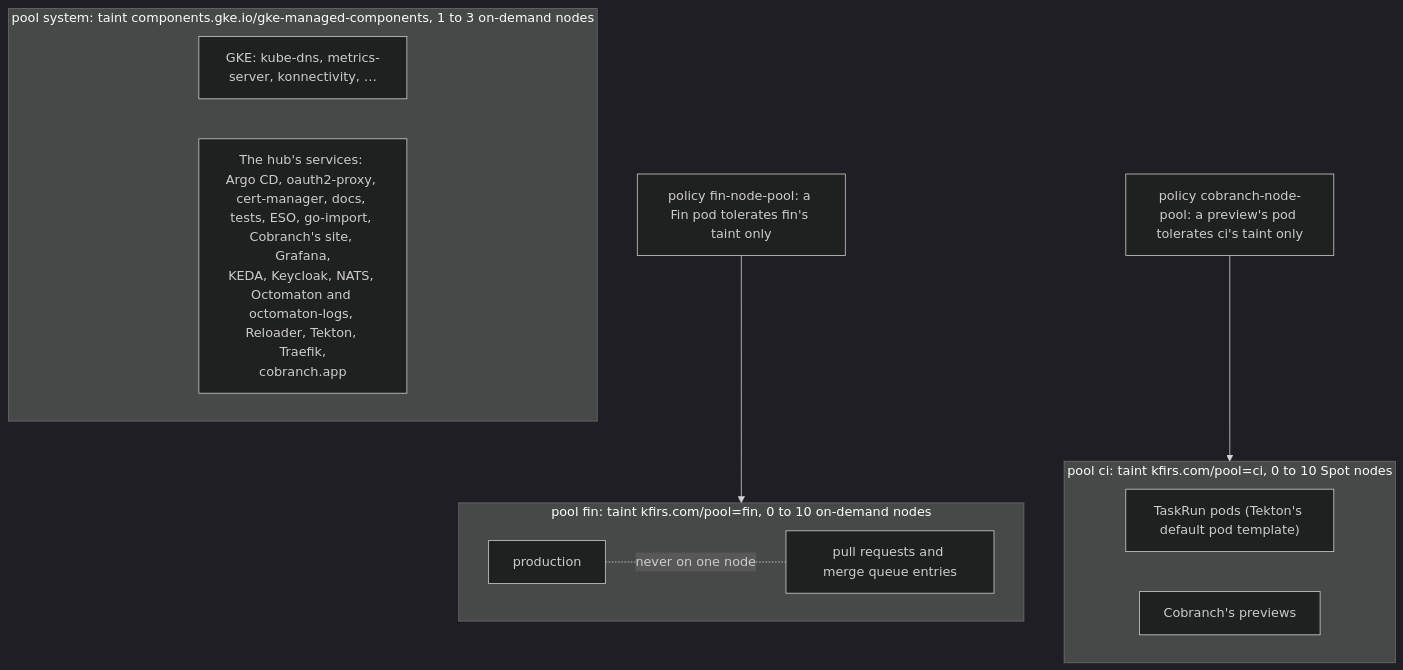
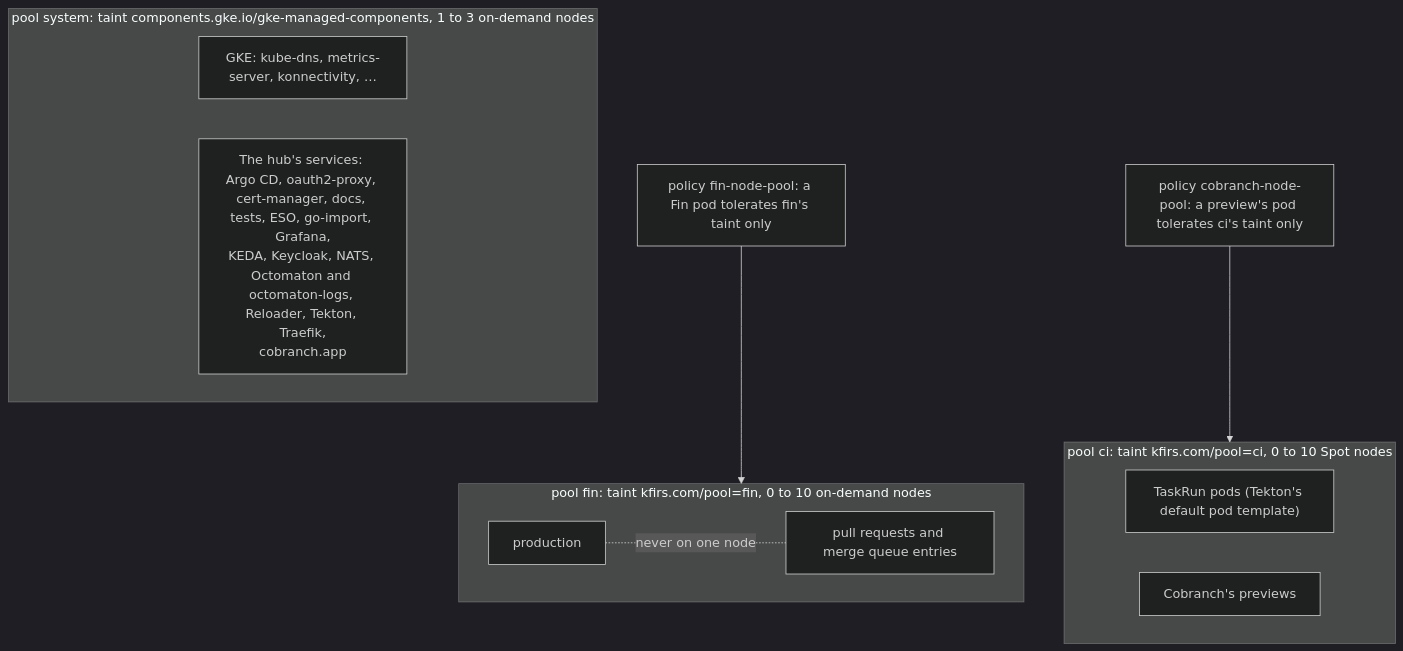
Before and after one commit to arikkfir-org/delivery: the diagram in docs/delivery/designs/node-pools.md, drawn with Mermaid (dark theme). The commit also changed 1 other file, not shown here.

Commit message:
docs(cobranch-site): drop the site from the node-pool and budget designs
Claude-Session: https://claude.ai/code/session_01UQFik5MFjGaoSvuoiS27mU

````diff
--- a/docs/delivery/designs/node-pools.md
+++ b/docs/delivery/designs/node-pools.md
@@ -19,18 +19,18 @@
 ```mermaid
 flowchart TB
   subgraph system["pool system: taint components.gke.io/gke-managed-components, 1 to 3 on-demand nodes"]
     GKE["GKE: kube-dns, metrics-server, konnectivity, …"]
-    Hub["The hub's services: Argo CD, oauth2-proxy, cert-manager, docs, tests, ESO, go-import, Cobranch's site, Grafana,<br/>KEDA, Keycloak, NATS, Octomaton and octomaton-logs, Reloader, Tekton, Traefik,<br/>cobranch.app"]
+    Hub["The hub's services: Argo CD, oauth2-proxy, cert-manager, docs, tests, ESO, go-import, Grafana,<br/>KEDA, Keycloak, NATS, Octomaton and octomaton-logs, Reloader, Tekton, Traefik,<br/>cobranch.app"]
   end
   subgraph ci["pool ci: taint kfirs.com/pool=ci, 0 to 10 Spot nodes"]
     Runs["TaskRun pods (Tekton's default pod template)"]
     Previews["Cobranch's previews"]
   end
   subgraph fin["pool fin: taint kfirs.com/pool=fin, 0 to 10 on-demand nodes"]
     Prod["production"]
     PRs["pull requests and merge queue entries"]
   end
   Prod -. "never on one node" .- PRs
   Policy["policy fin-node-pool: a Fin pod tolerates fin's taint only"] --> fin
   PolicyDH["policy cobranch-node-pool: a preview's pod tolerates ci's taint only"] --> ci
 ```
````
